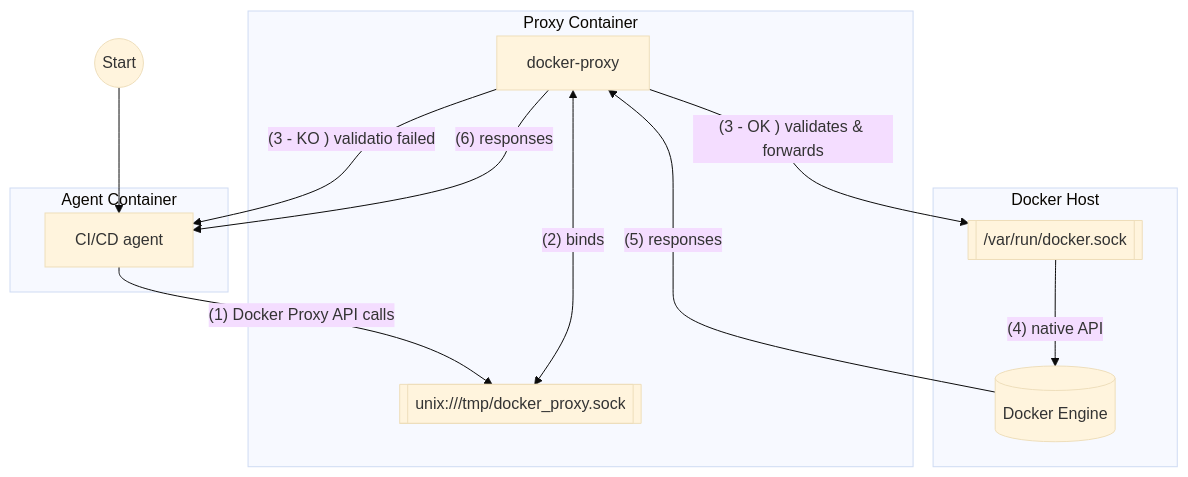
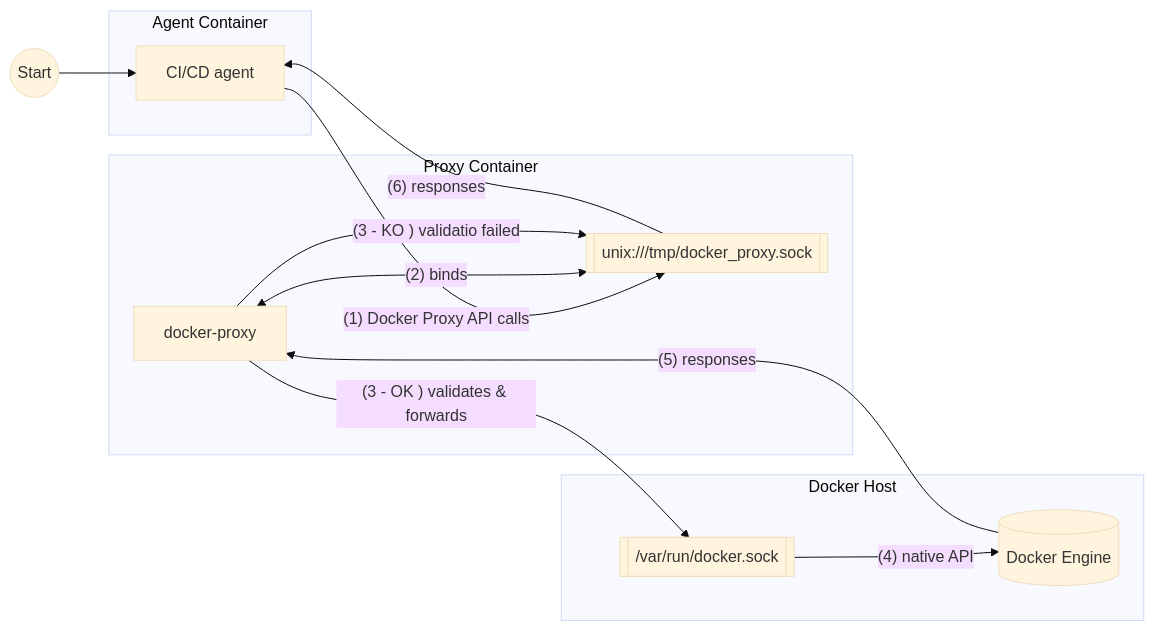
Before and after one commit to hypolas/docker-proxy: the diagram in README.md, drawn with Mermaid (base theme).

Commit message:
Update schema

````diff
--- a/README.md
+++ b/README.md
@@ -250,26 +250,27 @@
 ```mermaid
-graph TB
+graph LR
     subgraph "Agent Container"
         agent[CI/CD agent]
     end
 
     subgraph "Proxy Container"
         proxy[docker-proxy]
         proxySock[[unix:///tmp/docker_proxy.sock]]
     end
 
     subgraph "Docker Host"
         dockerSock[[/var/run/docker.sock]]
         engine[(Docker Engine)]
     end
 
     start((Start))
     start --> agent[CI/CD agent]
     agent -->|"(1) Docker Proxy API calls"| proxySock
     proxy <-- "(2) binds" --> proxySock
     proxy -->|"(3 - OK ) validates & forwards"| dockerSock
-    proxy -->|"(3 - KO ) validatio failed"| agent
+    proxy -->|"(3 - KO ) validatio failed"| proxySock
     dockerSock -->|"(4) native API"| engine
     engine -->|"(5) responses"| proxy
-    proxy -->|"(6) responses"| agent
+    proxySock -->|"(6) responses"| agent
+
 ```
````
